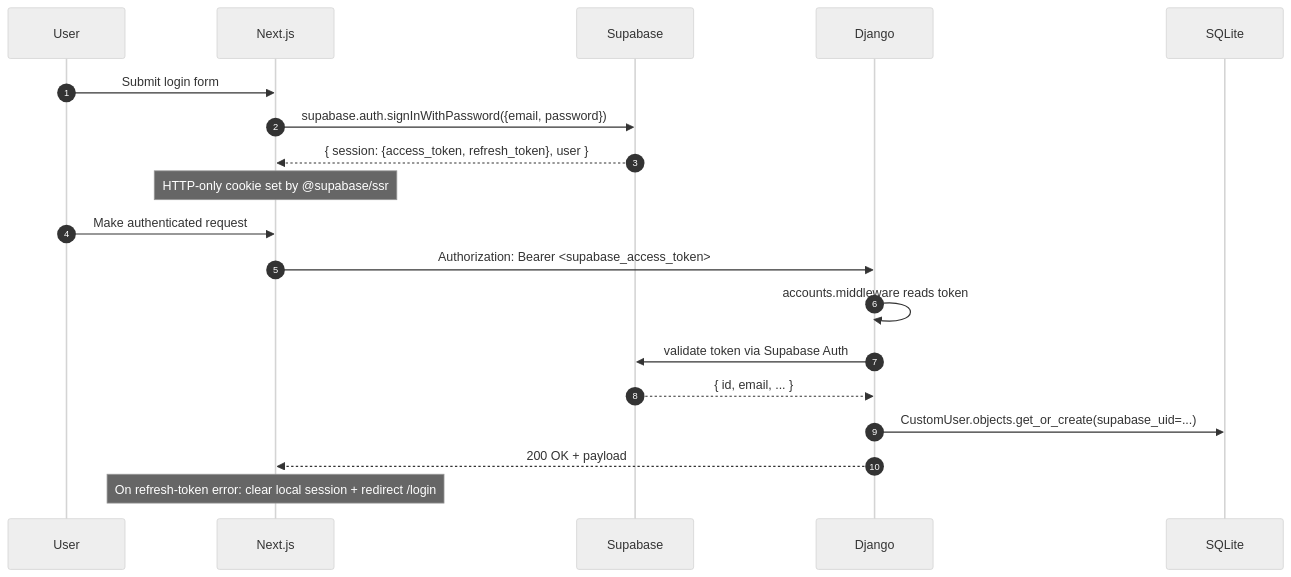
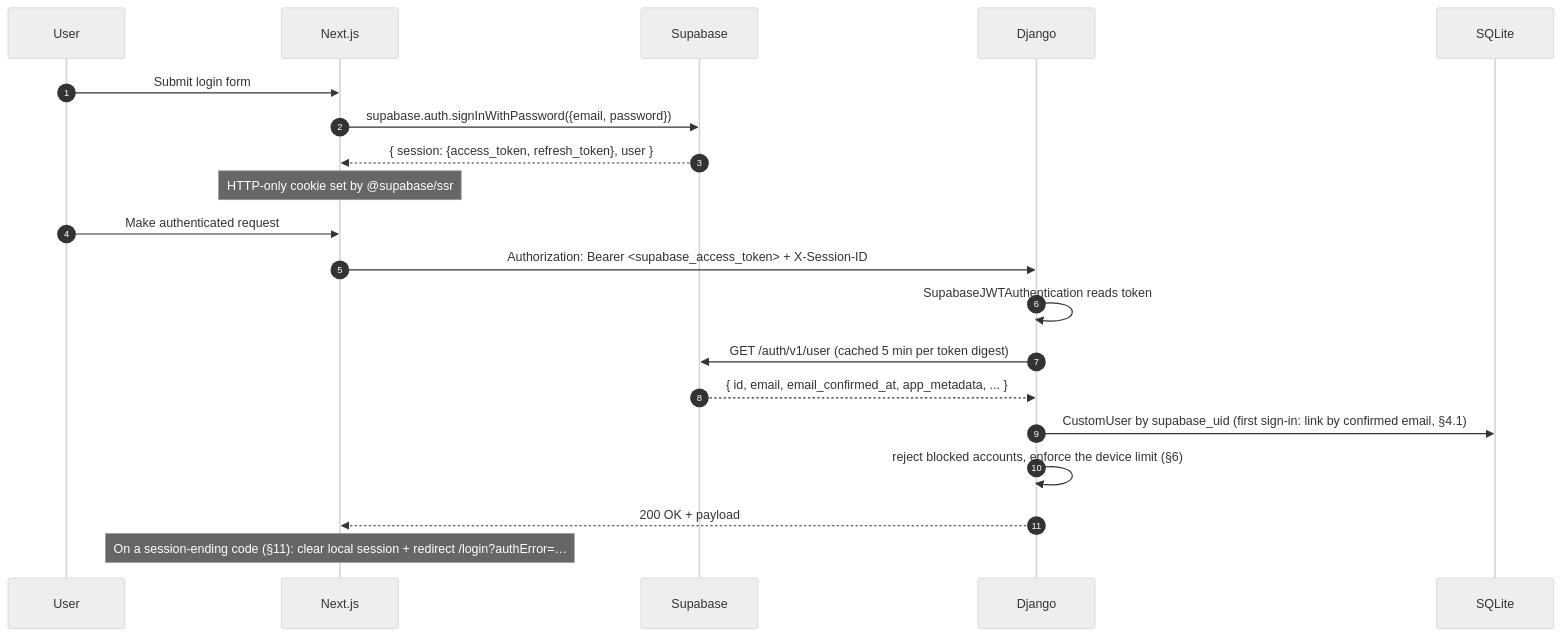
Before and after one commit to Divyanshu1Dubey/Crack_Me_AI: the third of 6 diagrams in docs/AUTHENTICATION.md, drawn with Mermaid (neutral theme). The commit also changed other lines of this file and 26 other files, not shown here.

````diff
--- a/docs/AUTHENTICATION.md
+++ b/docs/AUTHENTICATION.md
@@ -89,22 +87,23 @@
 ```mermaid
 sequenceDiagram
     autonumber
     participant U as User
     participant FE as Next.js
     participant SB as Supabase
     participant API as Django
     participant DB as SQLite
 
     U->>FE: Submit login form
     FE->>SB: supabase.auth.signInWithPassword({email, password})
     SB-->>FE: { session: {access_token, refresh_token}, user }
     Note over FE: HTTP-only cookie set by @supabase/ssr
     U->>FE: Make authenticated request
-    FE->>API: Authorization: Bearer <supabase_access_token>
-    API->>API: accounts.middleware reads token
-    API->>SB: validate token via Supabase Auth
-    SB-->>API: { id, email, ... }
-    API->>DB: CustomUser.objects.get_or_create(supabase_uid=...)
+    FE->>API: Authorization: Bearer <supabase_access_token> + X-Session-ID
+    API->>API: SupabaseJWTAuthentication reads token
+    API->>SB: GET /auth/v1/user (cached 5 min per token digest)
+    SB-->>API: { id, email, email_confirmed_at, app_metadata, ... }
+    API->>DB: CustomUser by supabase_uid (first sign-in: link by confirmed email, §4.1)
+    API->>API: reject blocked accounts, enforce the device limit (§6)
     API-->>FE: 200 OK + payload
-    Note over FE: On refresh-token error: clear local session + redirect /login
+    Note over FE: On a session-ending code (§11): clear local session + redirect /login?authError=…
 ```
````
